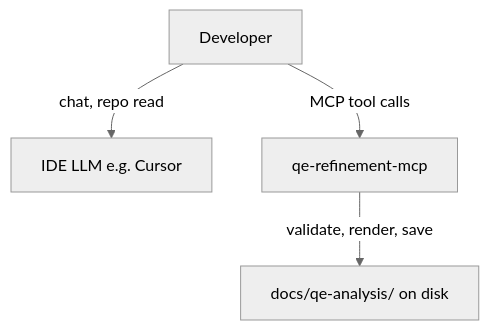
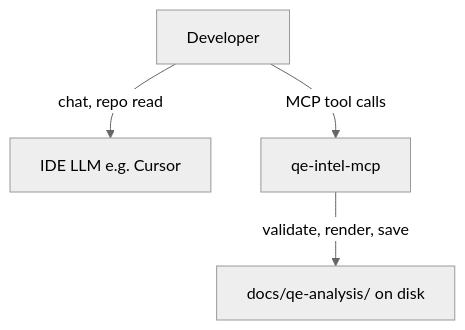
One commit to arjunjh10/qe-craft changed the diagram in docs/data-handling.md. Above: the diagram before and after it, drawn with Mermaid (neutral theme). The commit also changed other lines of this file and 50 other files, not shown here.

````diff
--- a/docs/data-handling.md
+++ b/docs/data-handling.md
@@ -13,10 +13,10 @@
 ```mermaid
 flowchart TB
   Dev[Developer]
   CursorLLM[IDE LLM e.g. Cursor]
-  MCP[qe-refinement-mcp]
+  MCP[qe-intel-mcp]
   Disk[docs/qe-analysis/ on disk]
   Dev -->|chat, repo read| CursorLLM
   Dev -->|MCP tool calls| MCP
   MCP -->|validate, render, save| Disk
 ```
````
